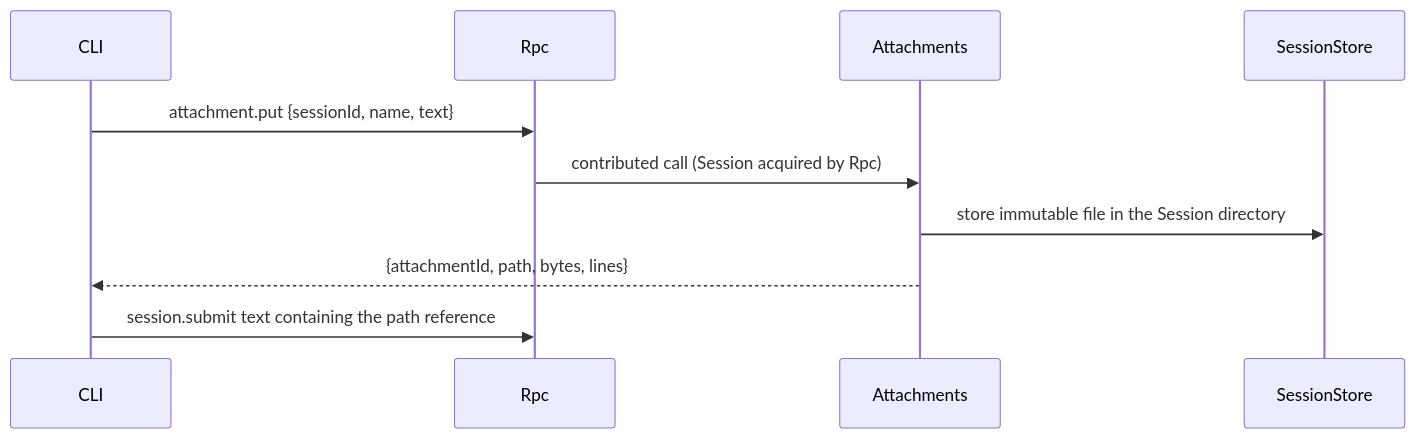
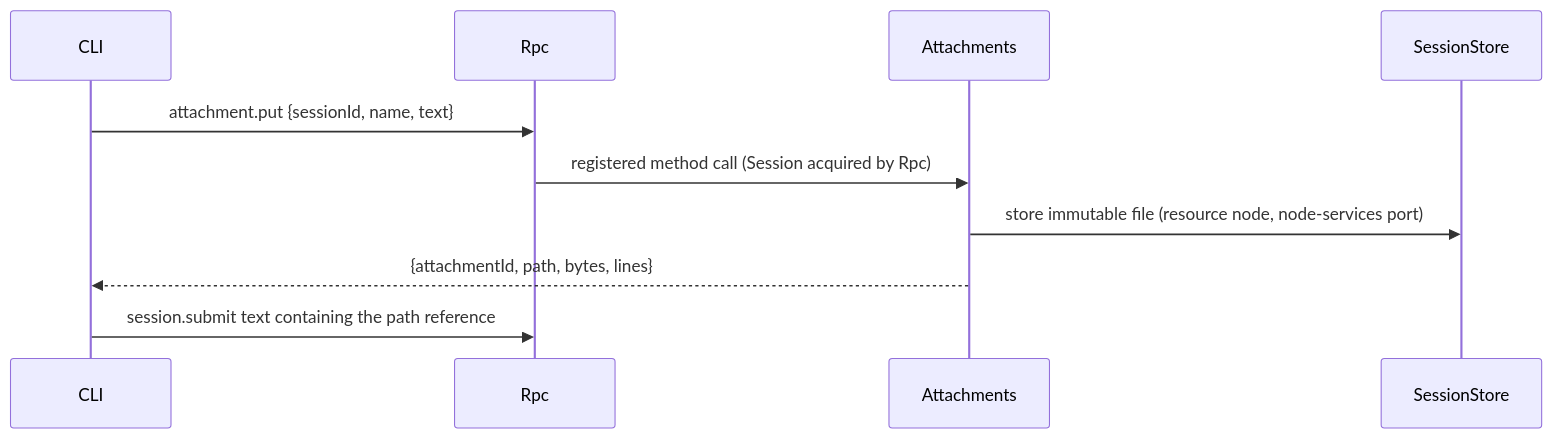
The fourth of 4 diagrams in docs/design/plugins/Attachments.md (CoutinhoTTS/dim-agent), drawn with Mermaid before and after one commit. The commit also changed other lines of this file and 3 other files, not shown here.

````diff
--- a/docs/design/plugins/Attachments.md
+++ b/docs/design/plugins/Attachments.md
@@ -78,12 +80,12 @@
 ```mermaid
 sequenceDiagram
   participant C as CLI
   participant R as Rpc
   participant A as Attachments
   participant SS as SessionStore
   C->>R: attachment.put {sessionId, name, text}
-  R->>A: contributed call (Session acquired by Rpc)
-  A->>SS: store immutable file in the Session directory
+  R->>A: registered method call (Session acquired by Rpc)
+  A->>SS: store immutable file (resource node, node-services port)
   A-->>C: {attachmentId, path, bytes, lines}
   C->>R: session.submit text containing the path reference
 ```
````
